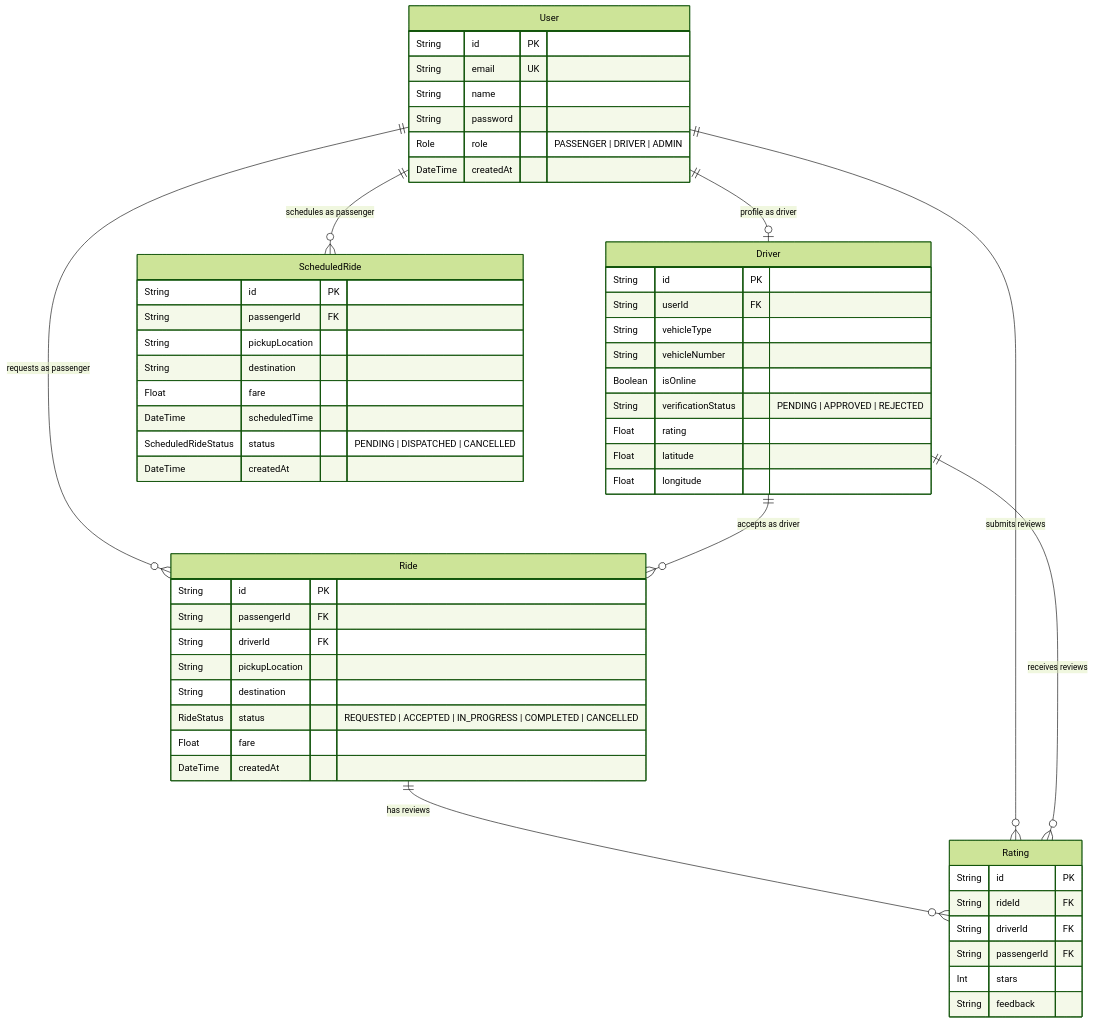
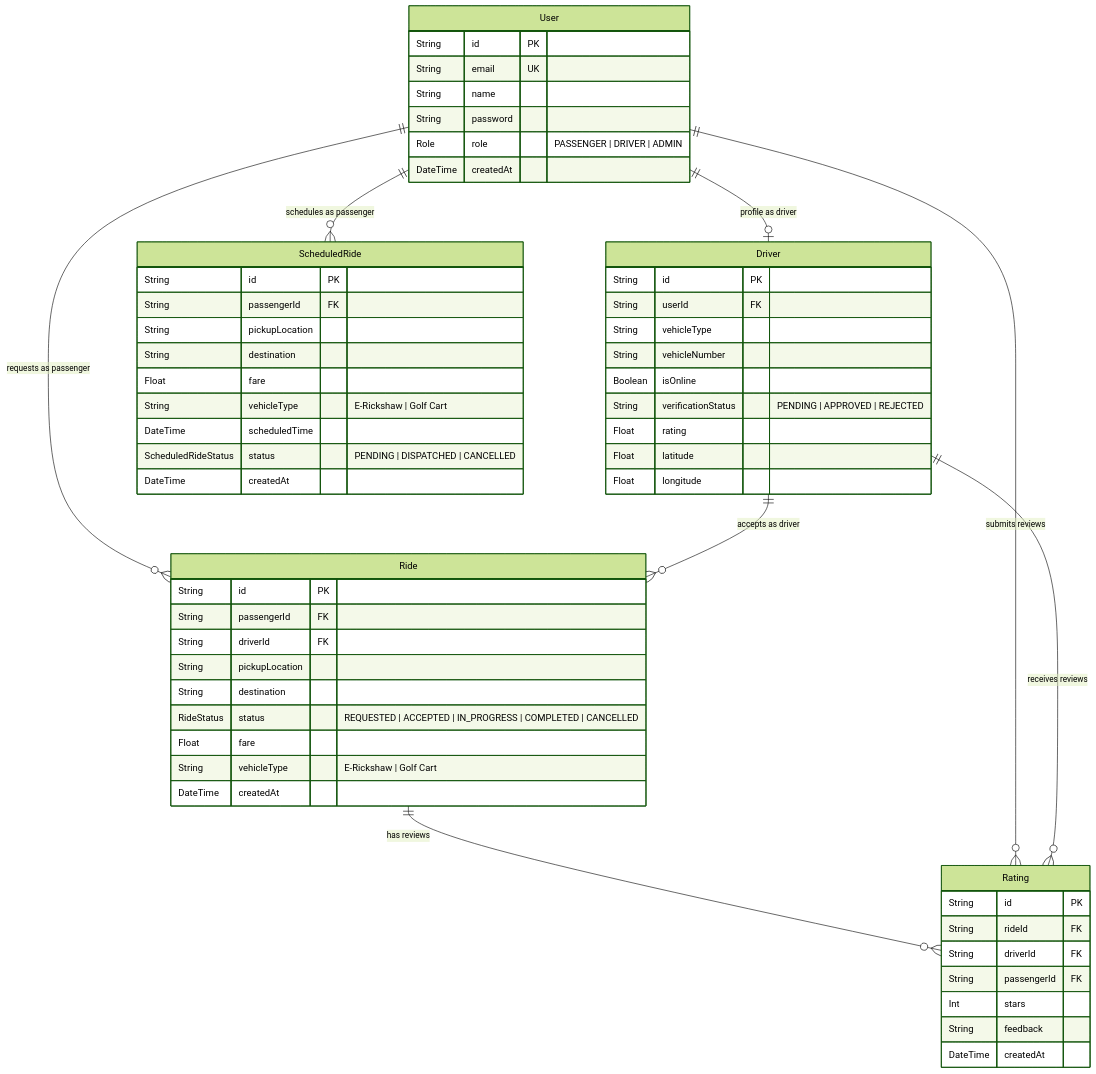
One commit to krishna-aga/Rydo changed the diagram in docs/db_schema.md. Above: the diagram before and after it, drawn with Mermaid (forest theme). The commit also changed other lines of this file and 3 other files, not shown here.

````diff
--- a/docs/db_schema.md
+++ b/docs/db_schema.md
@@ -9,62 +9,65 @@
 ```mermaid
 erDiagram
     User ||--o| Driver : "profile as driver"
     User ||--o{ Ride : "requests as passenger"
     Driver ||--o{ Ride : "accepts as driver"
     Ride ||--o{ Rating : "has reviews"
     User ||--o{ Rating : "submits reviews"
     Driver ||--o{ Rating : "receives reviews"
     User ||--o{ ScheduledRide : "schedules as passenger"
 
     User {
         String id PK
         String email UK
         String name
         String password
         Role role "PASSENGER | DRIVER | ADMIN"
         DateTime createdAt
     }
 
     Driver {
         String id PK
         String userId FK
         String vehicleType
         String vehicleNumber
         Boolean isOnline
         String verificationStatus "PENDING | APPROVED | REJECTED"
         Float rating
         Float latitude
         Float longitude
     }
 
     Ride {
         String id PK
         String passengerId FK
         String driverId FK
         String pickupLocation
         String destination
         RideStatus status "REQUESTED | ACCEPTED | IN_PROGRESS | COMPLETED | CANCELLED"
         Float fare
+        String vehicleType "E-Rickshaw | Golf Cart"
         DateTime createdAt
     }
 
     Rating {
         String id PK
         String rideId FK
         String driverId FK
         String passengerId FK
         Int stars
         String feedback
+        DateTime createdAt
     }
 
     ScheduledRide {
         String id PK
         String passengerId FK
         String pickupLocation
         String destination
         Float fare
+        String vehicleType "E-Rickshaw | Golf Cart"
         DateTime scheduledTime
         ScheduledRideStatus status "PENDING | DISPATCHED | CANCELLED"
         DateTime createdAt
     }
 ```
````
